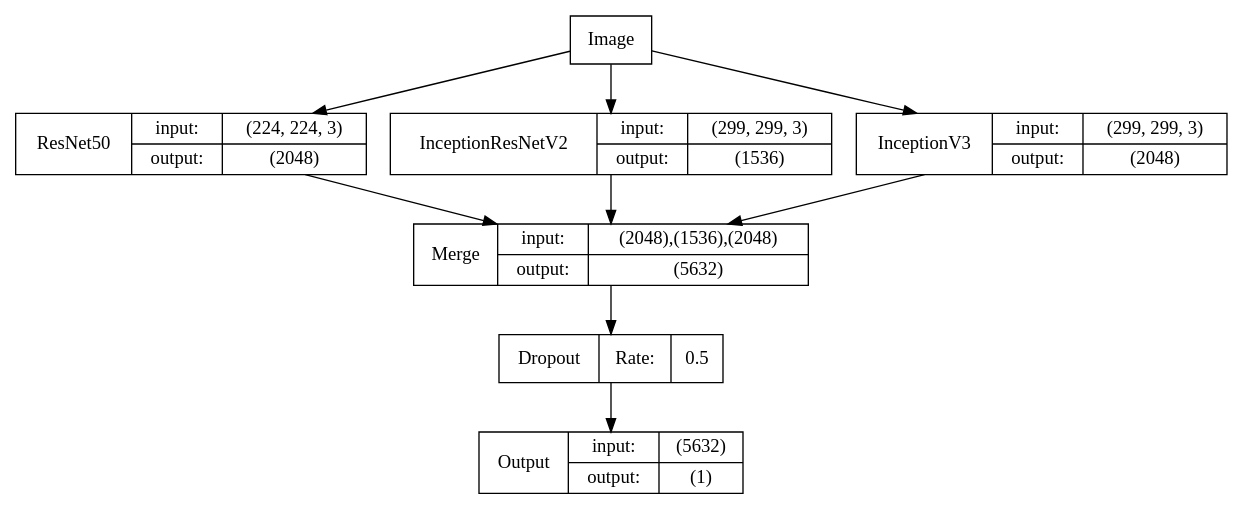
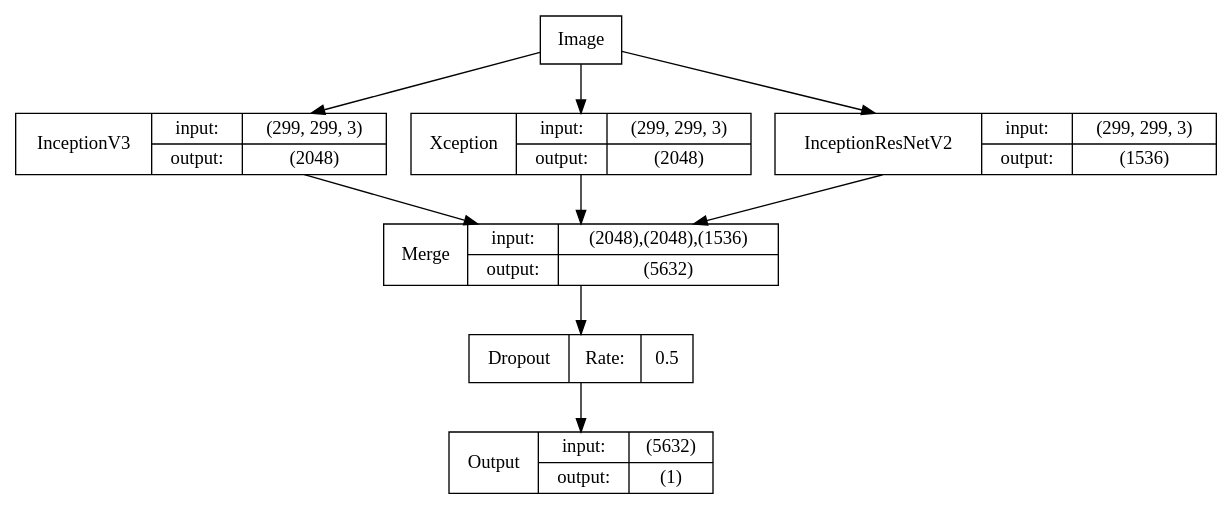
The diagram in P5_program/graph_model_concat.dot (conson0214/Udacity-Programme), drawn with Graphviz before and after one commit. The commit also changed 18 other files, not shown here.

```diff
--- a/P5_program/graph_model_concat.dot
+++ b/P5_program/graph_model_concat.dot
@@ -1,13 +1,13 @@
 digraph G{
     node [shape=record]
-    a[label="ResNet50|{input:|output:}|{(224, 224, 3)|(2048)}"]
-    b[label="InceptionResNetV2|{input:|output:}|{(299, 299, 3)|(1536)}"]
-    c[label="InceptionV3|{input:|output:}|{(299, 299, 3)|(2048)}"]
-    Merge[label="Merge|{input:|output:}|{(2048),(1536),(2048)|(5632)}"]
+    a[label="InceptionV3|{input:|output:}|{(299, 299, 3)|(2048)}"]
+    b[label="Xception|{input:|output:}|{(299, 299, 3)|(2048)}"]
+    c[label="InceptionResNetV2|{input:|output:}|{(299, 299, 3)|(1536)}"]
+    Merge[label="Merge|{input:|output:}|{(2048),(2048),(1536)|(5632)}"]
     Dropout[label="Dropout|Rate:|0.5"]
     Output[label="Output|{input:|output:}|{(5632)|(1)}"]
     Image -> a -> Merge
     Image -> b -> Merge
     Image -> c -> Merge
     Merge -> Dropout -> Output
 }
```
